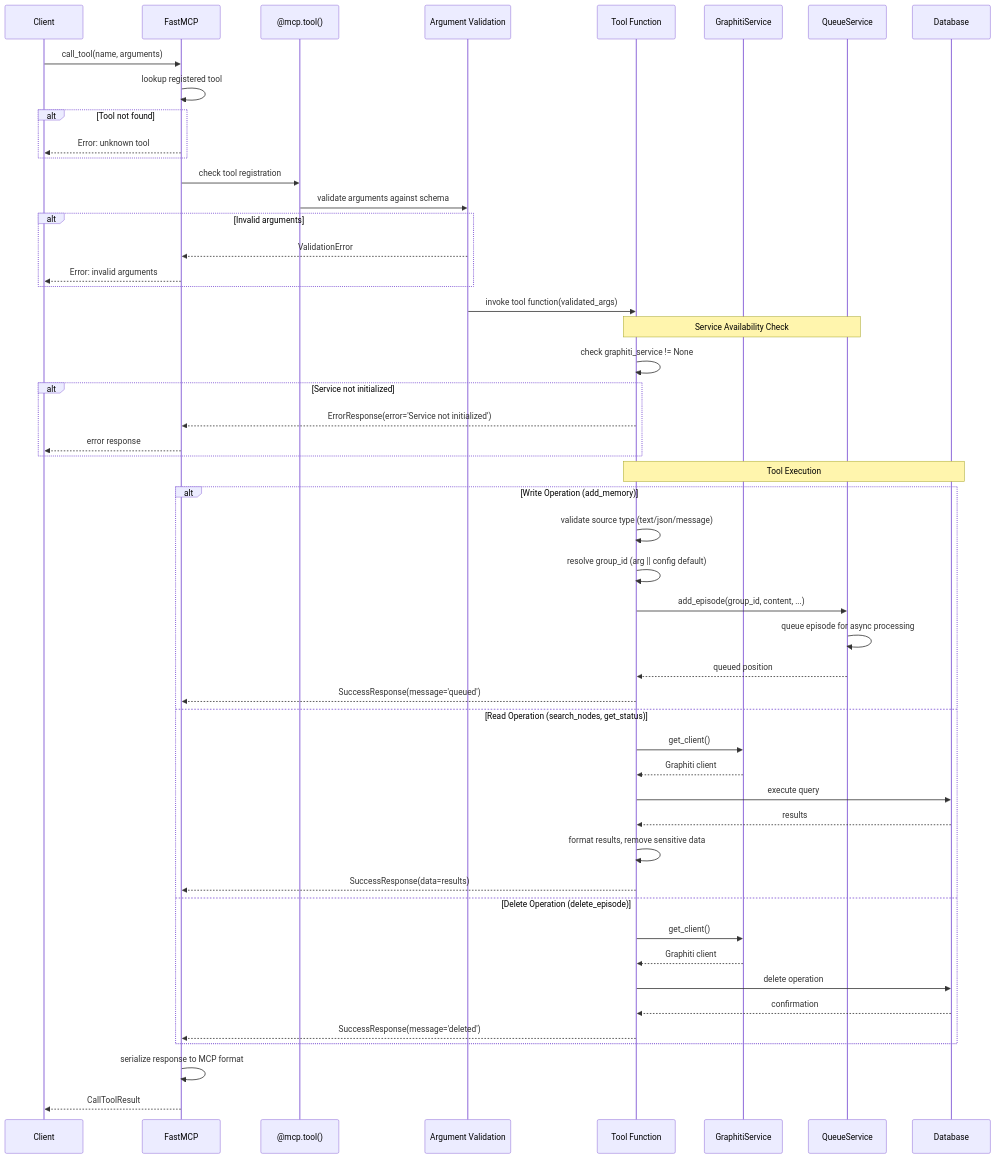
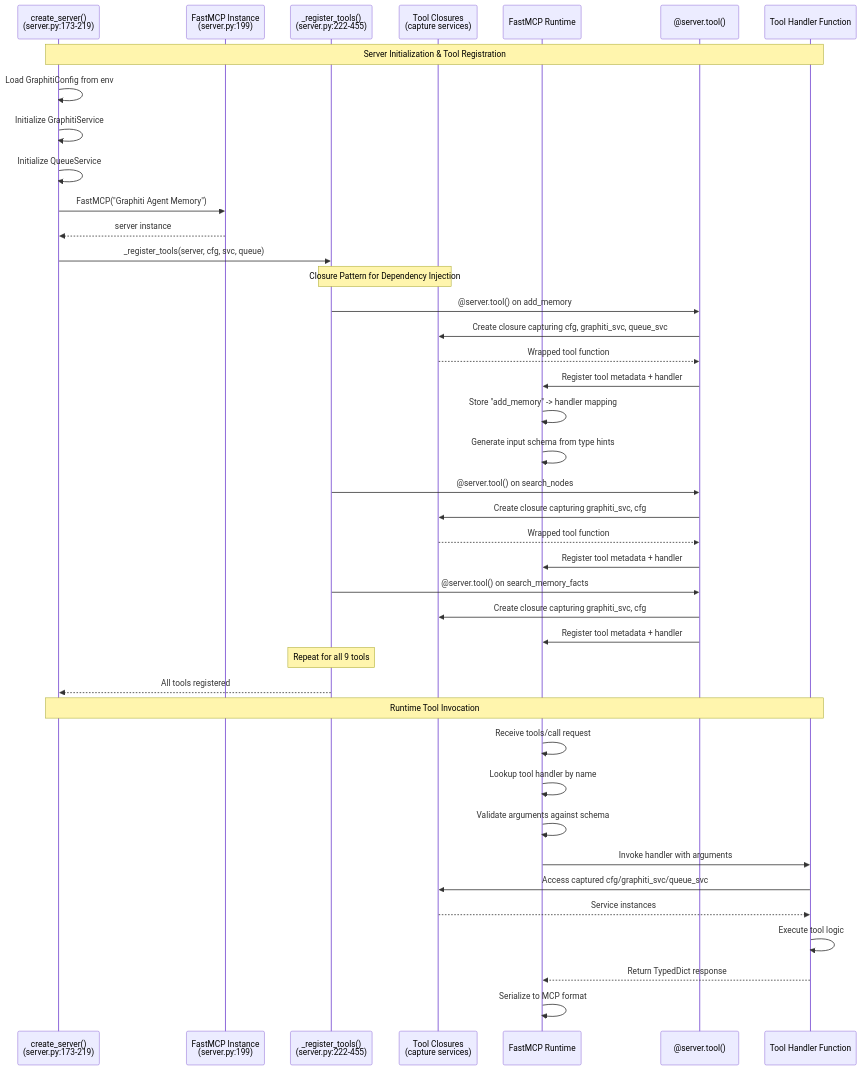
Before and after one commit to donbr/graphiti-fastmcp: the third of 7 diagrams in architecture/docs/03_data_flows.md, drawn with Mermaid. The commit also changed other lines of this file and 43 other files, not shown here.

````diff
--- a/architecture/docs/03_data_flows.md
+++ b/architecture/docs/03_data_flows.md
@@ -246,63 +273,51 @@
 ```mermaid
 sequenceDiagram
-    participant Client
-    participant FastMCP
-    participant Decorator as @mcp.tool()
-    participant ValidationLayer as Argument Validation
-    participant ToolHandler as Tool Function
-    participant GraphitiService
-    participant QueueService
-    participant Database
+    participant Factory as create_server()<br/>(server.py:173-219)
+    participant FastMCP as FastMCP Instance<br/>(server.py:199)
+    participant Register as _register_tools()<br/>(server.py:222-455)
+    participant Closure as Tool Closures<br/>(capture services)
+    participant Runtime as FastMCP Runtime
+    participant Decorator as @server.tool()
+    participant Tool as Tool Handler Function
 
-    Client->>FastMCP: call_tool(name, arguments)
-    FastMCP->>FastMCP: lookup registered tool
+    Note over Factory,Tool: Server Initialization & Tool Registration
+    Factory->>Factory: Load GraphitiConfig from env
+    Factory->>Factory: Initialize GraphitiService
+    Factory->>Factory: Initialize QueueService
+    Factory->>FastMCP: FastMCP("Graphiti Agent Memory")
+    FastMCP-->>Factory: server instance
 
-    alt Tool not found
-        FastMCP-->>Client: Error: unknown tool
-    end
+    Factory->>Register: _register_tools(server, cfg, svc, queue)
+    Note over Register,Closure: Closure Pattern for Dependency Injection
 
-    FastMCP->>Decorator: check tool registration
-    Decorator->>ValidationLayer: validate arguments against schema
+    Register->>Decorator: @server.tool() on add_memory
+    Decorator->>Closure: Create closure capturing cfg, graphiti_svc, queue_svc
+    Closure-->>Decorator: Wrapped tool function
+    Decorator->>Runtime: Register tool metadata + handler
+    Runtime->>Runtime: Store "add_memory" -> handler mapping
+    Runtime->>Runtime: Generate input schema from type hints
 
-    alt Invalid arguments
-        ValidationLayer-->>FastMCP: ValidationError
-        FastMCP-->>Client: Error: invalid arguments
-    end
+    Register->>Decorator: @server.tool() on search_nodes
+    Decorator->>Closure: Create closure capturing graphiti_svc, cfg
+    Closure-->>Decorator: Wrapped tool function
+    Decorator->>Runtime: Register tool metadata + handler
 
-    ValidationLayer->>ToolHandler: invoke tool function(validated_args)
+    Register->>Decorator: @server.tool() on search_memory_facts
+    Decorator->>Closure: Create closure capturing graphiti_svc, cfg
+    Decorator->>Runtime: Register tool metadata + handler
 
-    Note over ToolHandler,QueueService: Service Availability Check
-    ToolHandler->>ToolHandler: check graphiti_service != None
+    Note over Register: Repeat for all 9 tools
+    Register-->>Factory: All tools registered
 
-    alt Service not initialized
-        ToolHandler-->>FastMCP: ErrorResponse(error='Service not initialized')
-        FastMCP-->>Client: error response
-    end
+    Note over Factory,Tool: Runtime Tool Invocation
+    Runtime->>Runtime: Receive tools/call request
+    Runtime->>Runtime: Lookup tool handler by name
+    Runtime->>Runtime: Validate arguments against schema
+    Runtime->>Tool: Invoke handler with arguments
 
-    Note over ToolHandler,Database: Tool Execution
-
-    alt Write Operation (add_memory)
-        ToolHandler->>ToolHandler: validate source type (text/json/message)
-        ToolHandler->>ToolHandler: resolve group_id (arg || config default)
-        ToolHandler->>QueueService: add_episode(group_id, content, ...)
-        QueueService->>QueueService: queue episode for async processing
-        QueueService-->>ToolHandler: queued position
-        ToolHandler-->>FastMCP: SuccessResponse(message='queued')
-    else Read Operation (search_nodes, get_status)
-        ToolHandler->>GraphitiService: get_client()
-        GraphitiService-->>ToolHandler: Graphiti client
-        ToolHandler->>Database: execute query
-        Database-->>ToolHandler: results
-        ToolHandler->>ToolHandler: format results, remove sensitive data
-        ToolHandler-->>FastMCP: SuccessResponse(data=results)
-    else Delete Operation (delete_episode)
-        ToolHandler->>GraphitiService: get_client()
-        GraphitiService-->>ToolHandler: Graphiti client
-        ToolHandler->>Database: delete operation
-        Database-->>ToolHandler: confirmation
-        ToolHandler-->>FastMCP: SuccessResponse(message='deleted')
-    end
-
-    FastMCP->>FastMCP: serialize response to MCP format
-    FastMCP-->>Client: CallToolResult
+    Tool->>Closure: Access captured cfg/graphiti_svc/queue_svc
+    Closure-->>Tool: Service instances
+    Tool->>Tool: Execute tool logic
+    Tool-->>Runtime: Return TypedDict response
+    Runtime->>Runtime: Serialize to MCP format
 ```
````
